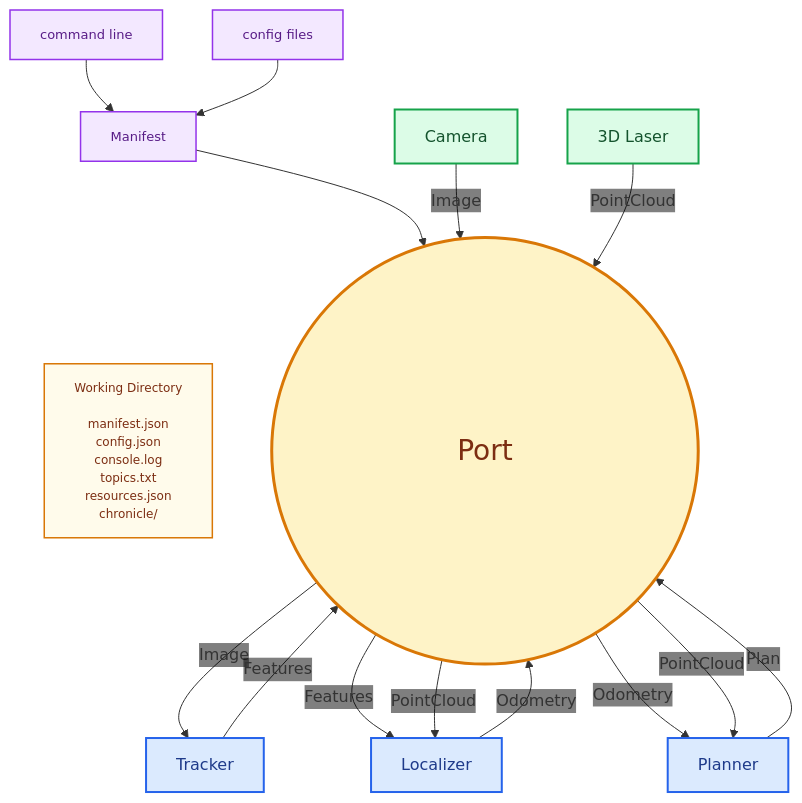
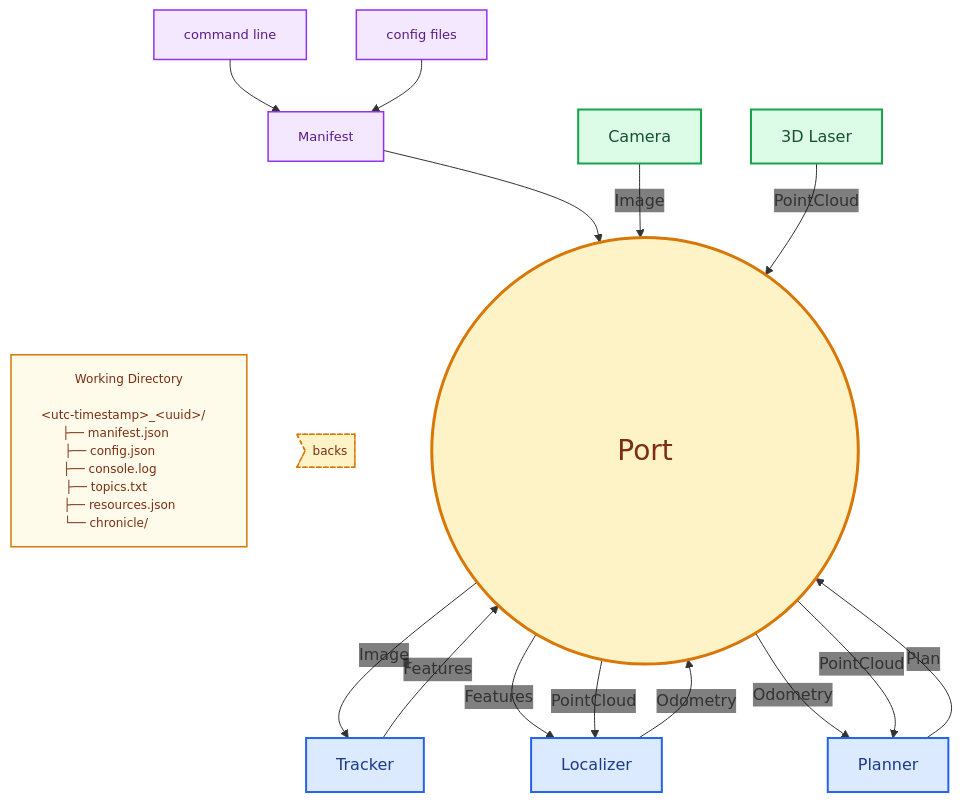
One commit to ajakhotia/nioc changed the first of 2 diagrams in README.md. Above: the diagram before and after it, drawn with Mermaid.

Commit message:
docs(readme): improve readme

````diff
--- a/README.md
+++ b/README.md
@@ -203,41 +203,45 @@
 ```mermaid
 %%{init: {"themeVariables": {"edgeLabelBackground": "transparent"}}}%%
 flowchart TB
   classDef input     fill:#f3e8ff,stroke:#9333ea,stroke-width:1.5px,color:#581c87,font-size:13px;
   classDef driver    fill:#dcfce7,stroke:#16a34a,stroke-width:2px,color:#14532d;
   classDef component fill:#dbeafe,stroke:#2563eb,stroke-width:2px,color:#1e3a8a;
   classDef port      fill:#fef3c7,stroke:#d97706,stroke-width:3px,color:#7c2d12,font-size:28px;
   classDef artifact  fill:#fffbeb,stroke:#d97706,stroke-width:1.5px,color:#7c2d12,font-size:12px;
+  classDef backing   fill:#fef3c7,stroke:#d97706,stroke-width:1.5px,color:#7c2d12,font-size:12px,stroke-dasharray:4 3;
 
   CLI["command line"]:::input
   FILES["config files"]:::input
   MANIFEST["Manifest"]:::input
 
-  WD["Working Directory<br/><br/>manifest.json<br/>config.json<br/>console.log<br/>topics.txt<br/>resources.json<br/>chronicle/"]:::artifact
+  WD["Working Directory<br/><br/>&lt;utc-timestamp&gt;_&lt;uuid&gt;/&nbsp;&nbsp;&nbsp;<br/>├──&nbsp;manifest.json&nbsp;&nbsp;&nbsp;&nbsp;&nbsp;&nbsp;&nbsp;<br/>├──&nbsp;config.json&nbsp;&nbsp;&nbsp;&nbsp;&nbsp;&nbsp;&nbsp;&nbsp;&nbsp;&nbsp;<br/>├──&nbsp;console.log&nbsp;&nbsp;&nbsp;&nbsp;&nbsp;&nbsp;&nbsp;&nbsp;&nbsp;&nbsp;<br/>├──&nbsp;topics.txt&nbsp;&nbsp;&nbsp;&nbsp;&nbsp;&nbsp;&nbsp;&nbsp;&nbsp;&nbsp;&nbsp;&nbsp;<br/>├──&nbsp;resources.json&nbsp;&nbsp;&nbsp;&nbsp;&nbsp;<br/>└──&nbsp;chronicle/&nbsp;&nbsp;&nbsp;&nbsp;&nbsp;&nbsp;&nbsp;&nbsp;&nbsp;&nbsp;&nbsp;&nbsp;"]:::artifact
+
+  BACK>"backs"]:::backing
 
   CAM["Camera"]:::driver
   LASER["3D Laser"]:::driver
 
   PORT(("&nbsp;<br/>&nbsp;<br/>&nbsp;&nbsp;&nbsp;&nbsp;&nbsp;&nbsp;&nbsp;&nbsp;&nbsp;&nbsp;&nbsp;&nbsp;&nbsp;&nbsp;&nbsp;&nbsp;&nbsp;&nbsp;&nbsp;&nbsp;Port&nbsp;&nbsp;&nbsp;&nbsp;&nbsp;&nbsp;&nbsp;&nbsp;&nbsp;&nbsp;&nbsp;&nbsp;&nbsp;&nbsp;&nbsp;&nbsp;&nbsp;&nbsp;&nbsp;&nbsp;<br/>&nbsp;<br/>&nbsp;")):::port
 
   TRK["Tracker"]:::component
   LOC["Localizer"]:::component
   PLN["Planner"]:::component
 
   CLI --> MANIFEST
   FILES --> MANIFEST
   MANIFEST --> PORT
   MANIFEST ~~~ WD
+  MANIFEST ~~~ BACK
 
   CAM -- "Image" --> PORT
   LASER -- "PointCloud" --> PORT
 
   PORT -- "Image" --> TRK
   TRK -- "Features" --> PORT
   PORT -- "Features" --> LOC
   PORT -- "PointCloud" --> LOC
   LOC -- "Odometry" --> PORT
   PORT -- "Odometry" --> PLN
   PORT -- "PointCloud" --> PLN
   PLN -- "Plan" --> PORT
 ```
````
